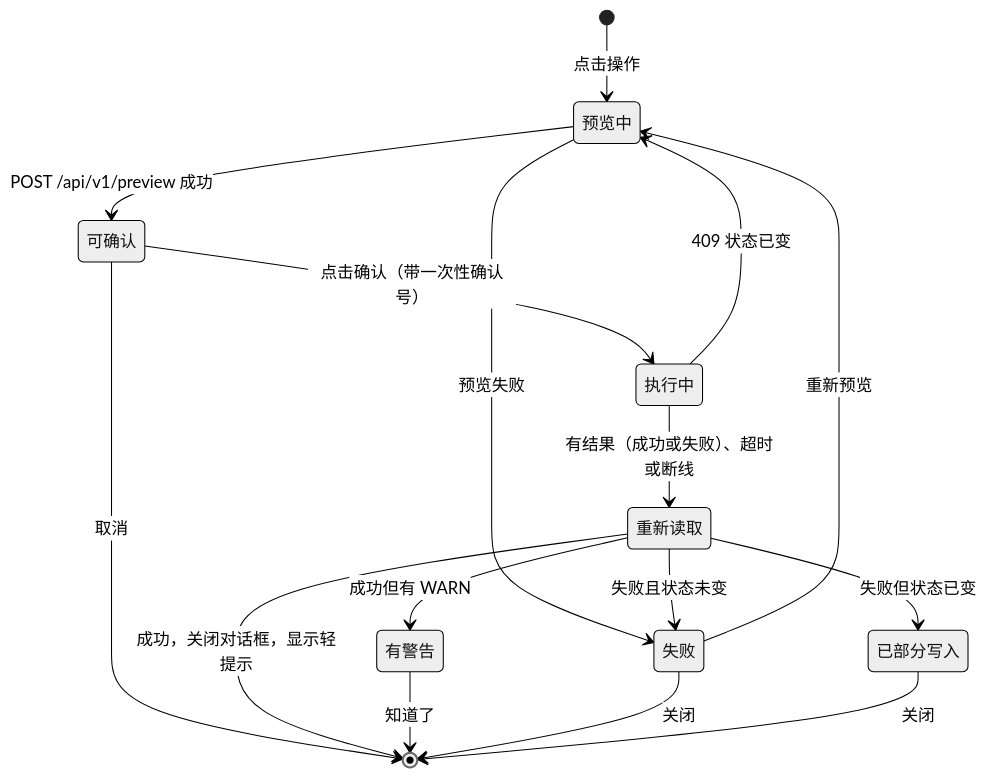
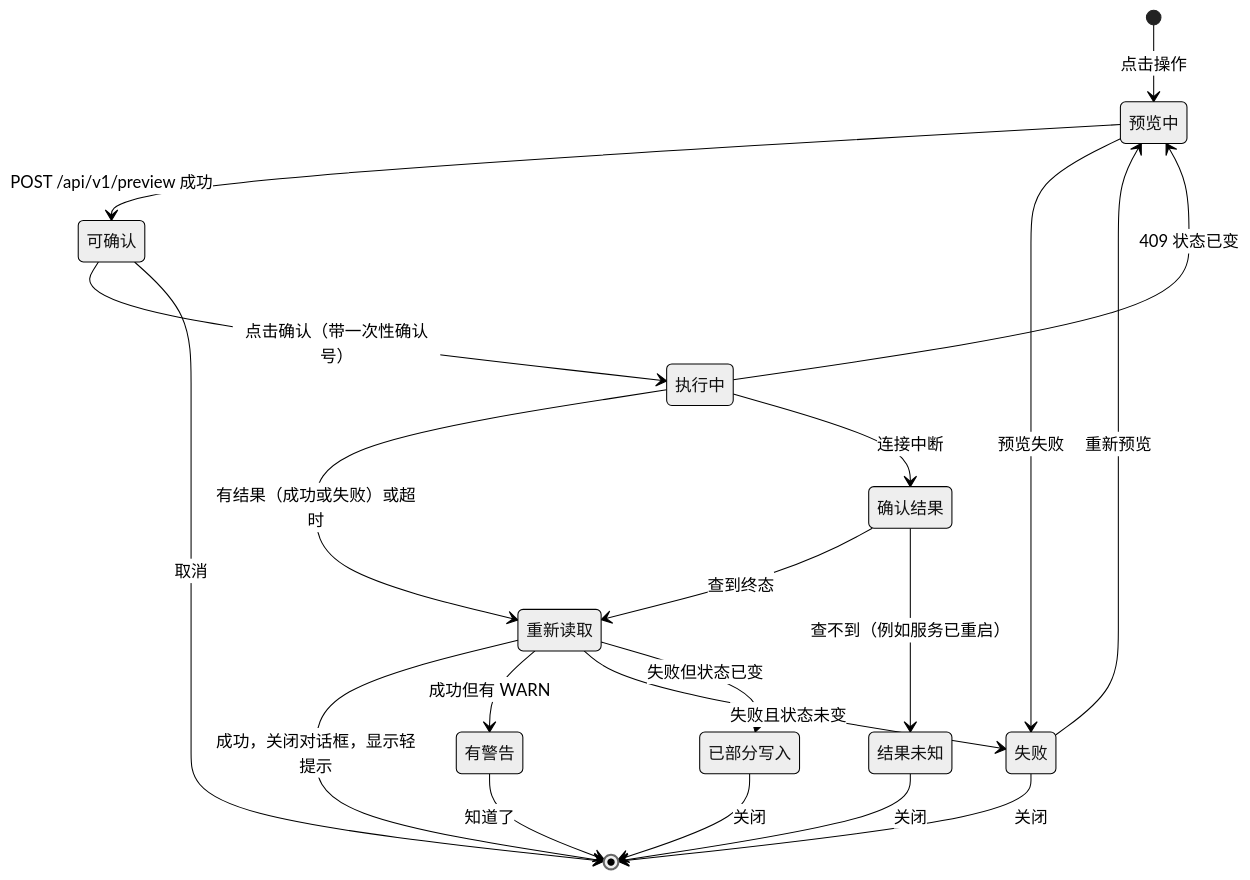
Before and after one commit to mrQzs/ThemisTally: the diagram in docs/themis-tally-3.0-桌面端-UI设计.md, drawn with Mermaid (neutral theme). The commit also changed other lines of this file and 1 other file, not shown here.

````diff
--- a/docs/themis-tally-3.0-桌面端-UI设计.md
+++ b/docs/themis-tally-3.0-桌面端-UI设计.md
@@ -989,18 +992,22 @@
 ```mermaid
 stateDiagram-v2
     [*] --> 预览中: 点击操作
     预览中 --> 可确认: POST /api/v1/preview 成功
     预览中 --> 失败: 预览失败
     可确认 --> 执行中: 点击确认（带一次性确认号）
     可确认 --> [*]: 取消
-    执行中 --> 重新读取: 有结果（成功或失败）、超时或断线
+    执行中 --> 重新读取: 有结果（成功或失败）或超时
+    执行中 --> 确认结果: 连接中断
+    确认结果 --> 重新读取: 查到终态
+    确认结果 --> 结果未知: 查不到（例如服务已重启）
+    结果未知 --> [*]: 关闭
     执行中 --> 预览中: 409 状态已变
     重新读取 --> [*]: 成功，关闭对话框，显示轻提示
     重新读取 --> 有警告: 成功但有 WARN
     重新读取 --> 失败: 失败且状态未变
     重新读取 --> 已部分写入: 失败但状态已变
     有警告 --> [*]: 知道了
     失败 --> 预览中: 重新预览
     失败 --> [*]: 关闭
     已部分写入 --> [*]: 关闭
 ```
````
